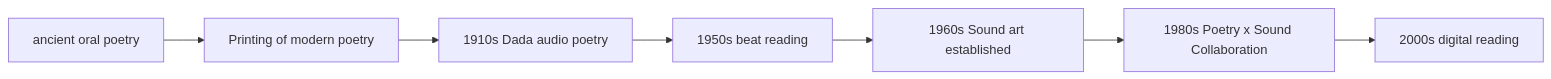
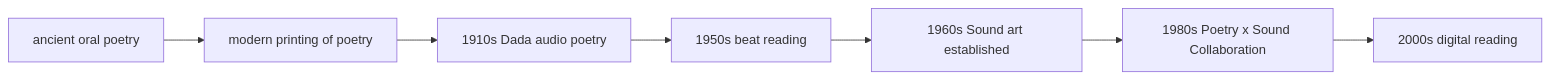
Before and after one commit to monumental-movement/monumental-movement.github.io: the first of 2 diagrams in en/_posts/2026-01-31-column-poetry-soundart.md, drawn with Mermaid. The commit also changed other lines of this file and 399 other files, not shown here.

```diff
--- a/en/_posts/2026-01-31-column-poetry-soundart.md
+++ b/en/_posts/2026-01-31-column-poetry-soundart.md
@@ -145,9 +145,9 @@
 <div class="mermaid">
 graph LR
-A[ancient oral poetry] --> B[Printing of modern poetry]
+A[ancient oral poetry] --> B[modern printing of poetry]
 B --> C[1910s Dada audio poetry]
 C --> D[1950s beat reading]
 D --> E[1960s Sound art established]
 E --> F[1980s Poetry x Sound Collaboration]
 F --> G[2000s digital reading]
 </div>
```
